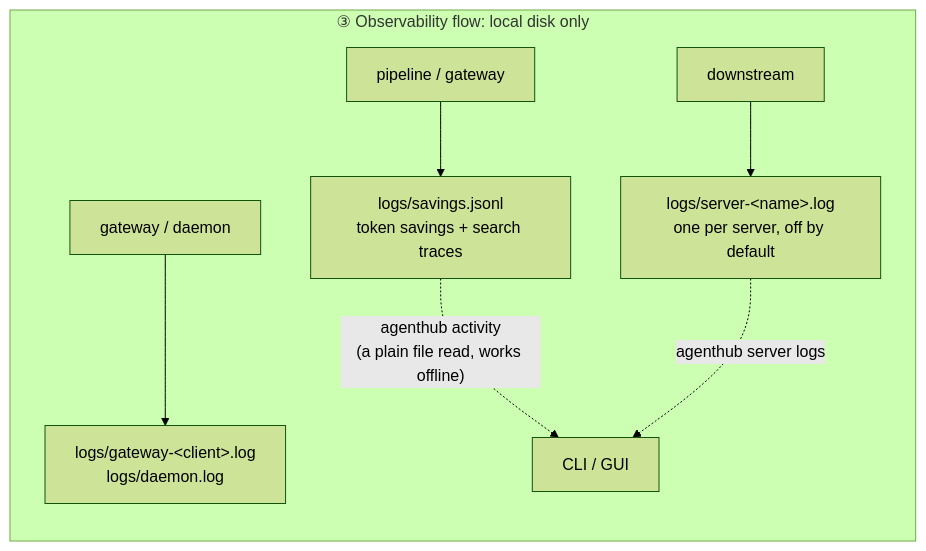
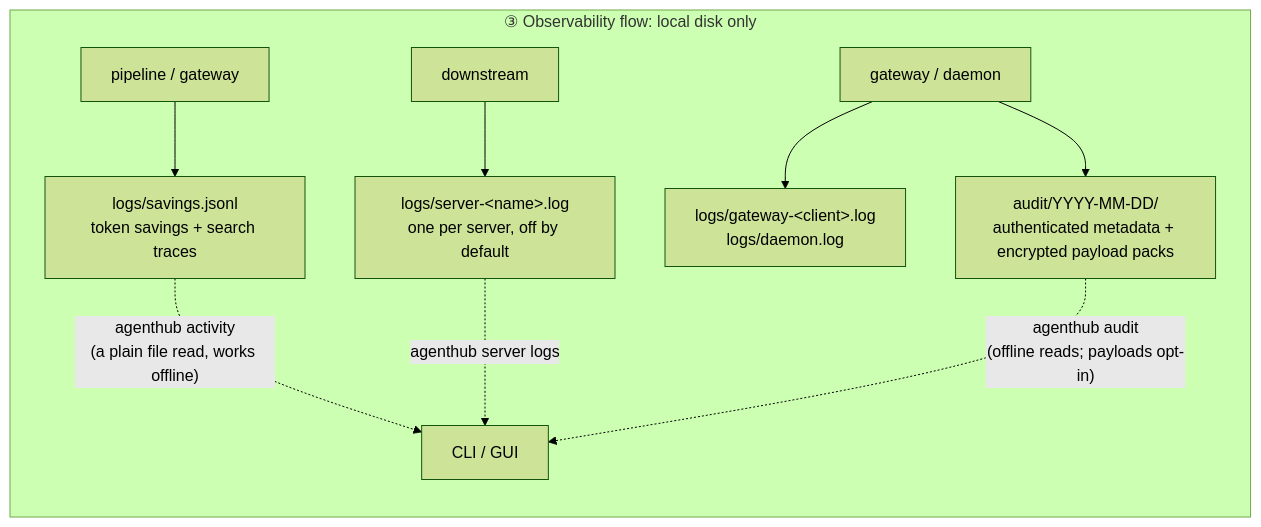
Before and after one commit to dinstein/agent-hub: the sixth of 8 diagrams in docs/architecture.md, drawn with Mermaid (forest theme). The commit also changed other lines of this file and 11 other files, not shown here.

````diff
--- a/docs/architecture.md
+++ b/docs/architecture.md
@@ -266,10 +277,12 @@
 ```mermaid
 flowchart LR
     subgraph obs["③ Observability flow: local disk only"]
         P["pipeline / gateway"] --> A3["logs/savings.jsonl<br/>token savings + search traces"]
         DSX["downstream"] --> A4["logs/server-&lt;name&gt;.log<br/>one per server, off by default"]
         GW["gateway / daemon"] --> A5["logs/gateway-&lt;client&gt;.log<br/>logs/daemon.log"]
+        GW --> A6["audit/YYYY-MM-DD/<br/>authenticated metadata + encrypted payload packs"]
         A3 -.->|"agenthub activity<br/>(a plain file read, works offline)"| F["CLI / GUI"]
         A4 -.->|"agenthub server logs"| F
+        A6 -.->|"agenthub audit<br/>(offline reads; payloads opt-in)"| F
     end
 ```
````
